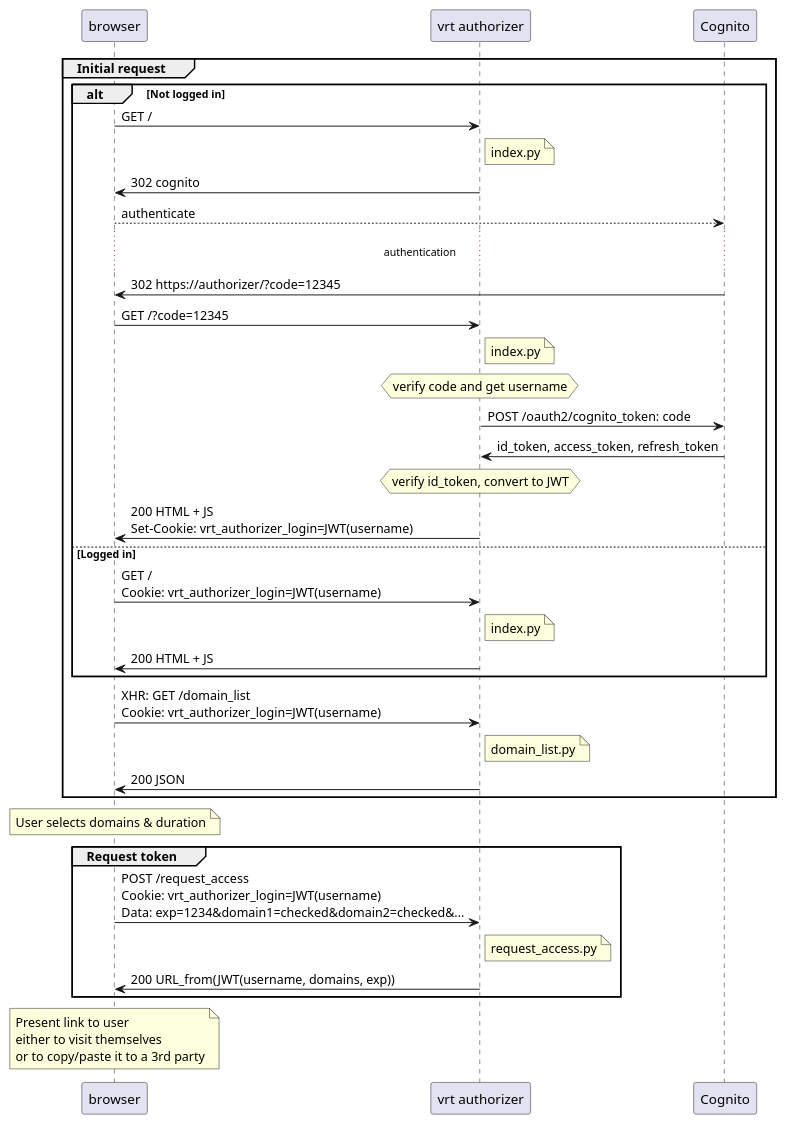
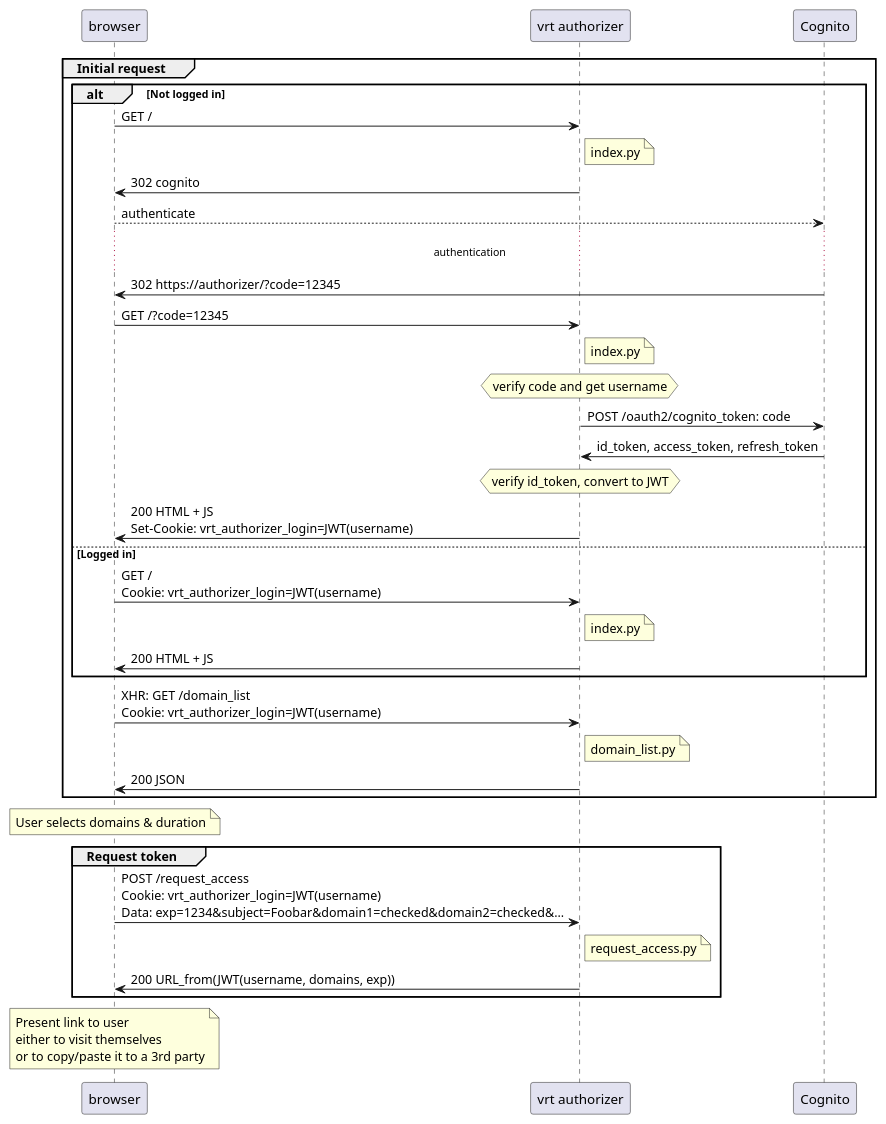
One commit to vrtdev/aws-cloudfront-authorizer changed the diagram in doc/request_access.plantuml. Above: the diagram before and after it, drawn with PlantUML. The commit also changed 1 other file, not shown here.

```diff
--- a/doc/request_access.plantuml
+++ b/doc/request_access.plantuml
@@ -1,60 +1,60 @@
 @startuml
 
 participant browser
 participant "vrt authorizer" as auth
 participant "Cognito" as cognito
 
 group Initial request
 
 alt Not logged in
 
 browser -> auth: GET /
 note right of auth: index.py
 browser <- auth: 302 cognito
 
 browser --> cognito: authenticate
 ...authentication...
 browser <- cognito: 302 https://authorizer/?code=12345
 
 browser -> auth: GET /?code=12345
 note right of auth: index.py
 hnote over auth: verify code and get username
 auth -> cognito: POST /oauth2/cognito_token: code
 auth <- cognito: id_token, access_token, refresh_token
 hnote over auth: verify id_token, convert to JWT
 browser <- auth: 200 HTML + JS\nSet-Cookie: vrt_authorizer_login=JWT(username)
 
 else Logged in
 
 browser -> auth: GET /\nCookie: vrt_authorizer_login=JWT(username)
 note right of auth: index.py
 browser <- auth: 200 HTML + JS
 
 end
 
 browser -> auth: XHR: GET /domain_list\nCookie: vrt_authorizer_login=JWT(username)
 note right of auth: domain_list.py
 browser <- auth: 200 JSON
 
 end
 
 
 note over browser: User selects domains & duration
 
 
 group Request token
 
-browser -> auth: POST /request_access\nCookie: vrt_authorizer_login=JWT(username)\nData: exp=1234&domain1=checked&domain2=checked&...
+browser -> auth: POST /request_access\nCookie: vrt_authorizer_login=JWT(username)\nData: exp=1234&subject=Foobar&domain1=checked&domain2=checked&...
 note right of auth: request_access.py
 browser <- auth: 200 URL_from(JWT(username, domains, exp))
 
 end
 
 
 note over browser
     Present link to user
     either to visit themselves
     or to copy/paste it to a 3rd party
 end note
 
 @enduml
```
